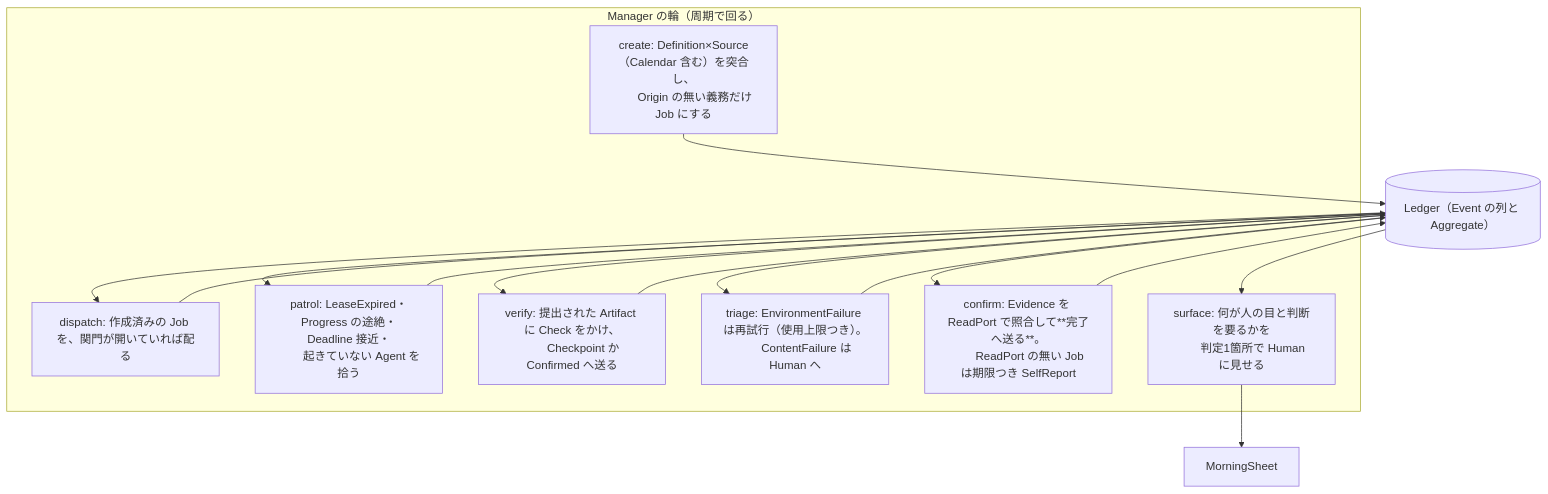
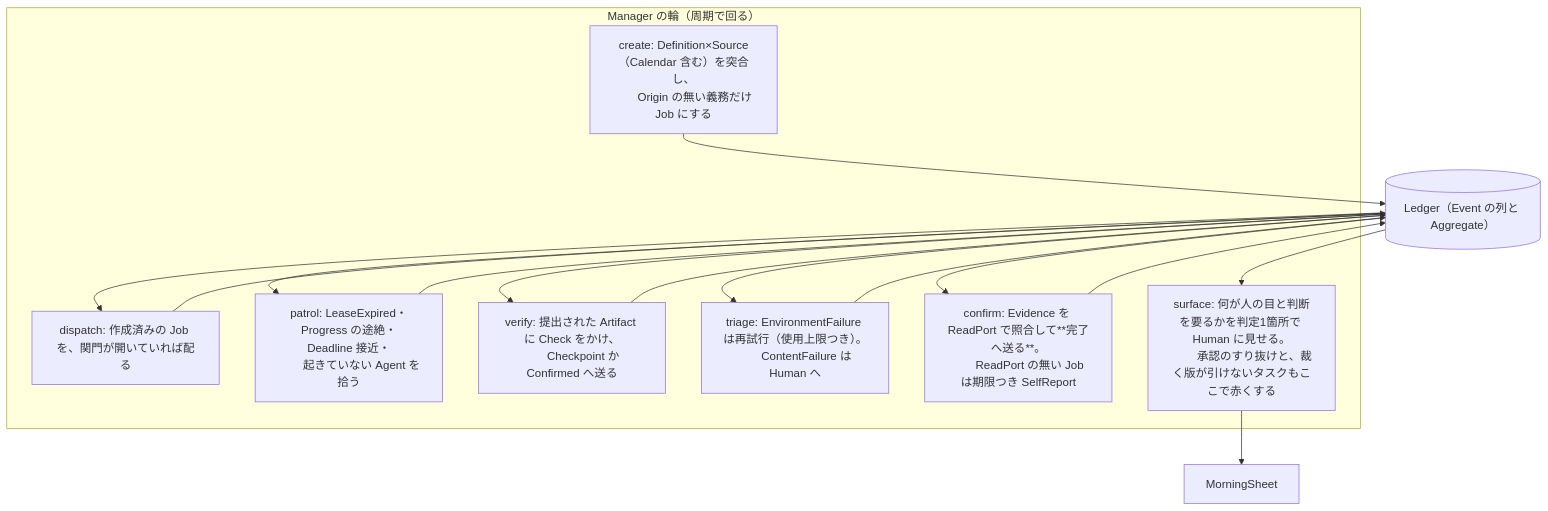
Before and after one commit to takashi-hash/troupe: the diagram in 設計/5_出来事/調停図.md, drawn with Mermaid. The commit also changed 17 other files, not shown here.

````diff
--- a/設計/5_出来事/調停図.md
+++ b/設計/5_出来事/調停図.md
@@ -12,27 +12,27 @@
 ```mermaid
 flowchart TB
     Ledger[("Ledger（Event の列と Aggregate）")]
     subgraph mgr["Manager の輪（周期で回る）"]
         create["create: Definition×Source（Calendar 含む）を突合し、
         Origin の無い義務だけ Job にする"]
         dispatch["dispatch: 作成済みの Job を、関門が開いていれば配る"]
         patrol["patrol: LeaseExpired・Progress の途絶・Deadline 接近・
         起きていない Agent を拾う"]
         verify["verify: 提出された Artifact に Check をかけ、
         Checkpoint か Confirmed へ送る"]
         triage["triage: EnvironmentFailure は再試行（使用上限つき）。
         ContentFailure は Human へ"]
         confirm["confirm: Evidence を ReadPort で照合して**完了へ送る**。
         ReadPort の無い Job は期限つき SelfReport"]
-        surface["surface: 何が人の目と判断を要るかを
-        判定1箇所で Human に見せる"]
+        surface["surface: 何が人の目と判断を要るかを判定1箇所で Human に見せる。
+        承認のすり抜けと、裁く版が引けないタスクもここで赤くする"]
     end
     MorningSheet["MorningSheet"]
     create --> Ledger
     Ledger --> dispatch --> Ledger
     Ledger --> patrol --> Ledger
     Ledger --> verify --> Ledger
     Ledger --> triage --> Ledger
     Ledger --> confirm --> Ledger
     Ledger --> surface --> MorningSheet
 ```
````
